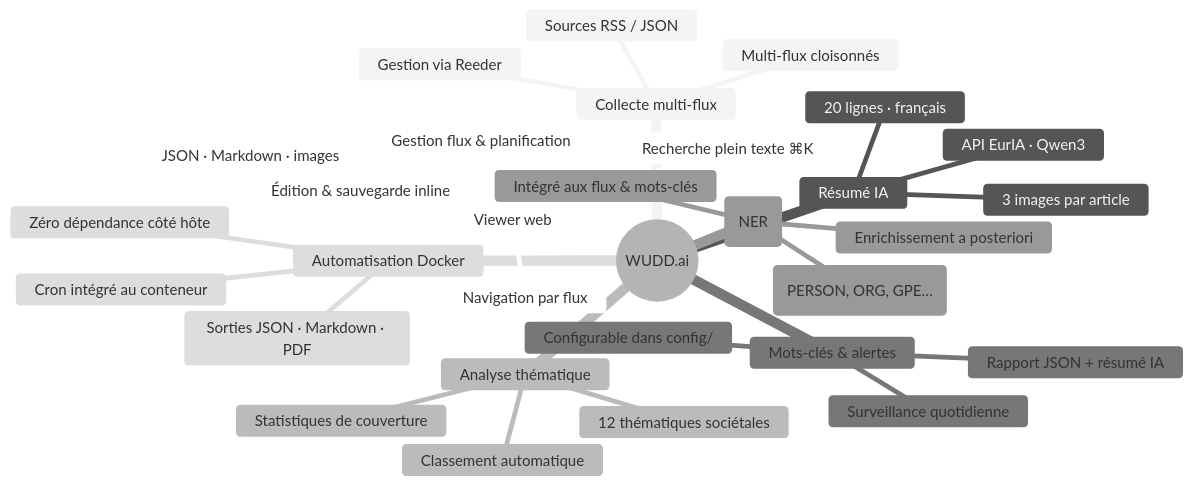
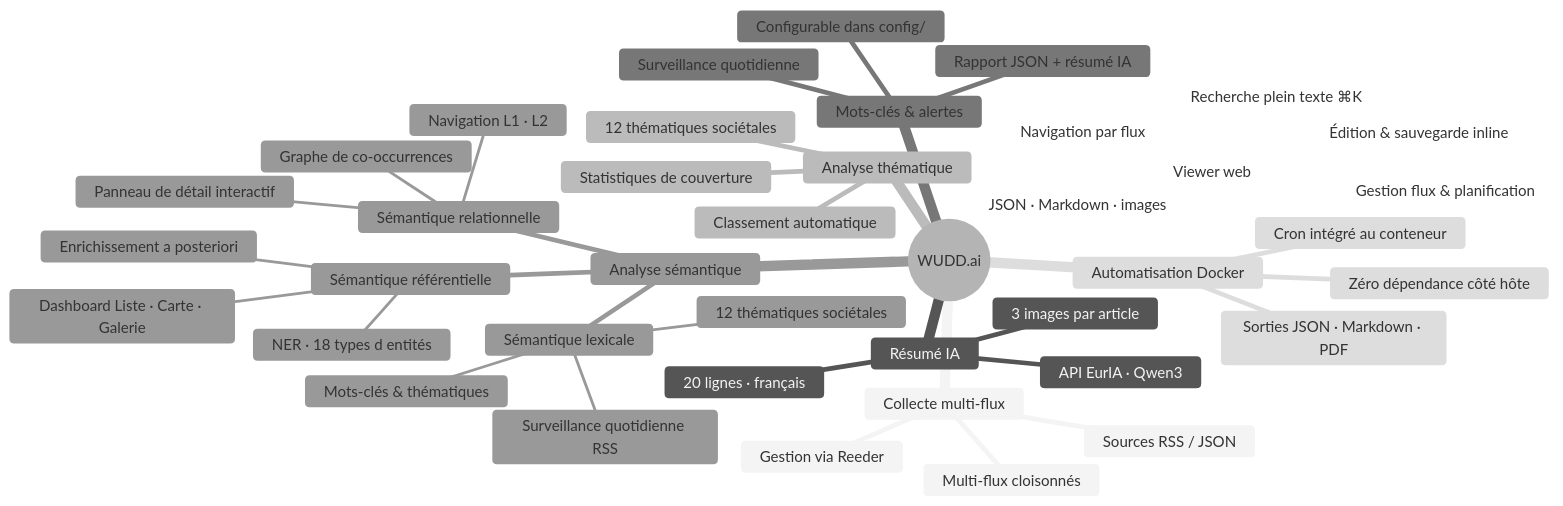
Before and after one commit to pat-the-geek/AnalyseActualites: the diagram in README.md, drawn with Mermaid (neutral theme).

Commit message:
docs: README — mindmap restructuré autour des 3 couches sémantiques

````diff
--- a/README.md
+++ b/README.md
@@ -68,34 +68,43 @@
 ```mermaid
 mindmap
   root((WUDD.ai))
     Collecte multi-flux
       Sources RSS / JSON
       Gestion via Reeder
       Multi-flux cloisonnés
     Résumé IA
       API EurIA · Qwen3
       20 lignes · français
       3 images par article
     Analyse thématique
       12 thématiques sociétales
       Statistiques de couverture
       Classement automatique
     Mots-clés & alertes
       Surveillance quotidienne
       Rapport JSON + résumé IA
       Configurable dans config/
-    Entités nommées (NER)
-      18 types (PERSON, ORG, GPE…)
-      Enrichissement a posteriori
-      Intégré aux flux & mots-clés
+    Analyse sémantique
+      Sémantique lexicale
+        Mots-clés & thématiques
+        12 thématiques sociétales
+        Surveillance quotidienne RSS
+      Sémantique référentielle
+        NER · 18 types d entités
+        Enrichissement a posteriori
+        Dashboard Liste · Carte · Galerie
+      Sémantique relationnelle
+        Graphe de co-occurrences
+        Navigation L1 · L2
+        Panneau de détail interactif
     Automatisation Docker
       Cron intégré au conteneur
       Sorties JSON · Markdown · PDF
       Zéro dépendance côté hôte
     Viewer web
       Navigation par flux
       JSON · Markdown · images
       Recherche plein texte ⌘K
       Édition & sauvegarde inline
       Gestion flux & planification
 ```
````
